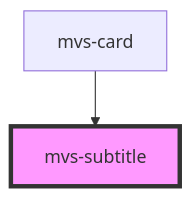
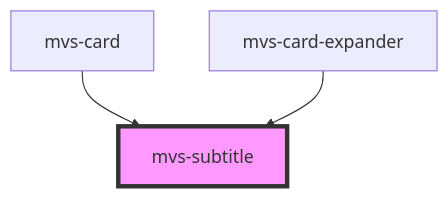
One commit to rafaela-vairo/mvs-design-system changed the diagram in src/components/typography/mvs-subtitle/readme.md. Above: the diagram before and after it, drawn with Mermaid. The commit also changed other lines of this file and 20 other files, not shown here.

````diff
--- a/src/components/typography/mvs-subtitle/readme.md
+++ b/src/components/typography/mvs-subtitle/readme.md
@@ -22,5 +23,6 @@
 ```mermaid
 graph TD;
   mvs-card --> mvs-subtitle
+  mvs-card-expander --> mvs-subtitle
   style mvs-subtitle fill:#f9f,stroke:#333,stroke-width:4px
 ```
````
